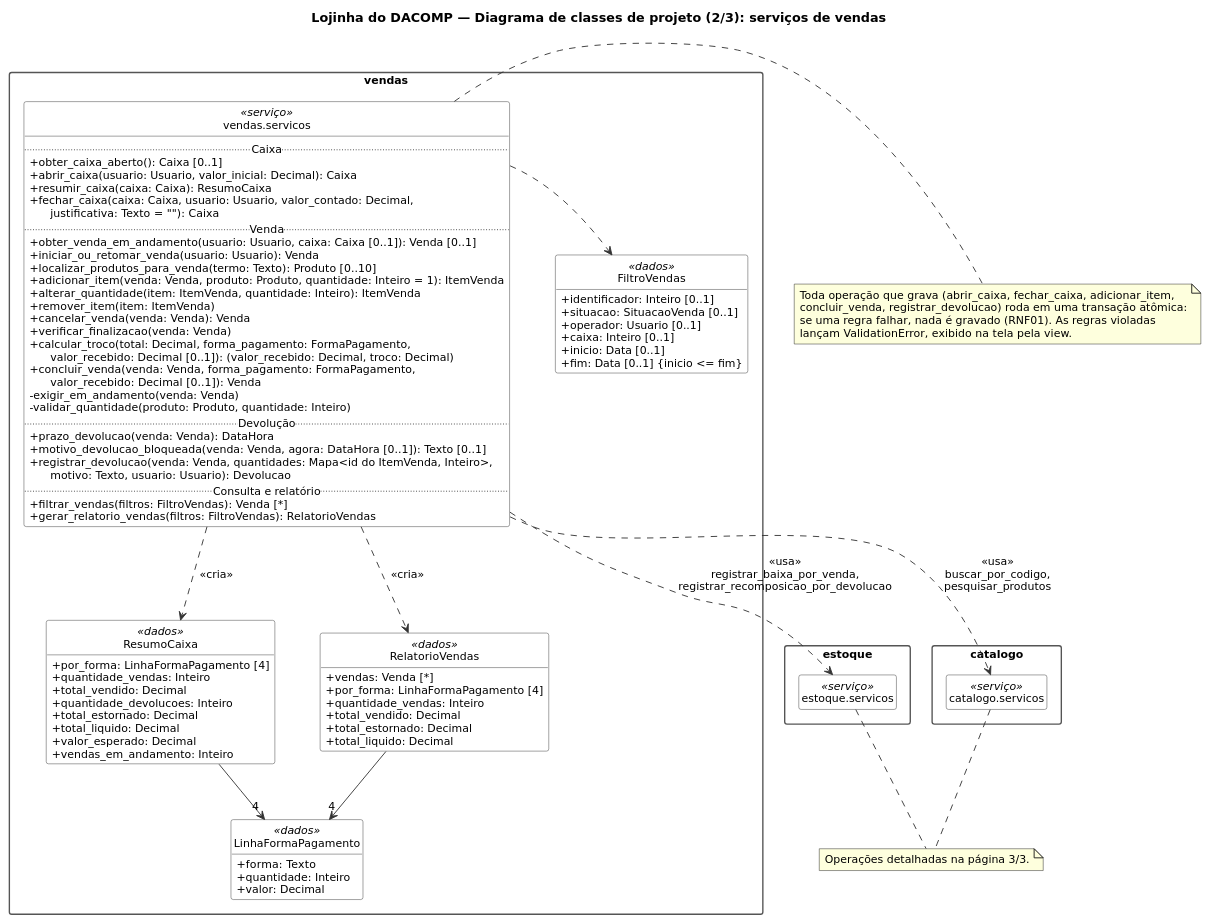
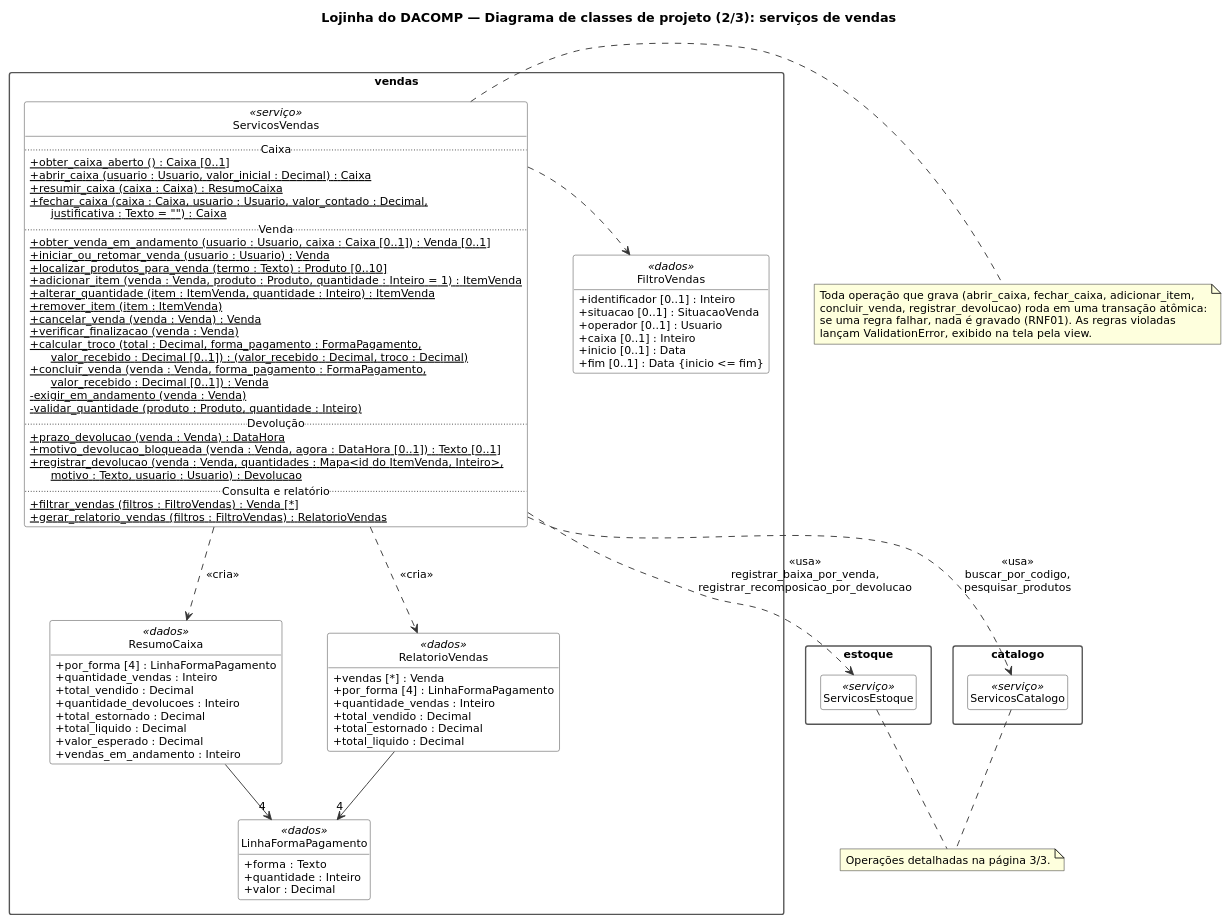
Before and after one commit to PedroGasparetto/sistema-dacomp: the diagram in docs/diagramas/classes-servicos-vendas.puml, drawn with PlantUML. The commit also changed 9 other files, not shown here.

First line of the commit message:
Ajusta o diagrama de classes à notação dos slides da disciplina

```diff
--- a/docs/diagramas/classes-servicos-vendas.puml
+++ b/docs/diagramas/classes-servicos-vendas.puml
@@ -1,111 +1,111 @@
 @startuml classes-servicos-vendas
 ' Diagrama de classes de projeto — serviços (regras de negócio).
 ' Cada servicos.py é um módulo Python; aqui aparece como classe <<serviço>> com
 ' operações de classe. As views (controle) chamam essas operações.
 ' Gerado a partir de contas/perfis.py e catalogo/, estoque/ e vendas/servicos.py.
 
 title Lojinha do DACOMP — Diagrama de classes de projeto (2/3): serviços de vendas
 
 skinparam classAttributeIconSize 0
 skinparam shadowing false
 skinparam defaultFontName DejaVu Sans
 skinparam defaultFontSize 12
 skinparam packageStyle rectangle
 skinparam classBackgroundColor #FFFFFF
 skinparam classBorderColor #333333
 skinparam packageBorderColor #555555
 skinparam arrowColor #333333
 skinparam nodesep 50
 skinparam ranksep 60
 hide empty members
 hide circle
 
 package "vendas" {
-  class "vendas.servicos" as SV <<serviço>> {
+  class "ServicosVendas" as SV <<serviço>> {
     .. Caixa ..
-    + obter_caixa_aberto(): Caixa [0..1]
-    + abrir_caixa(usuario: Usuario, valor_inicial: Decimal): Caixa
-    + resumir_caixa(caixa: Caixa): ResumoCaixa
-    + fechar_caixa(caixa: Caixa, usuario: Usuario, valor_contado: Decimal,\n      justificativa: Texto = ""): Caixa
+    {static} + obter_caixa_aberto () : Caixa [0..1]
+    {static} + abrir_caixa (usuario : Usuario, valor_inicial : Decimal) : Caixa
+    {static} + resumir_caixa (caixa : Caixa) : ResumoCaixa
+    {static} + fechar_caixa (caixa : Caixa, usuario : Usuario, valor_contado : Decimal,\n      justificativa : Texto = "") : Caixa
     .. Venda ..
-    + obter_venda_em_andamento(usuario: Usuario, caixa: Caixa [0..1]): Venda [0..1]
-    + iniciar_ou_retomar_venda(usuario: Usuario): Venda
-    + localizar_produtos_para_venda(termo: Texto): Produto [0..10]
-    + adicionar_item(venda: Venda, produto: Produto, quantidade: Inteiro = 1): ItemVenda
-    + alterar_quantidade(item: ItemVenda, quantidade: Inteiro): ItemVenda
-    + remover_item(item: ItemVenda)
-    + cancelar_venda(venda: Venda): Venda
-    + verificar_finalizacao(venda: Venda)
-    + calcular_troco(total: Decimal, forma_pagamento: FormaPagamento,\n      valor_recebido: Decimal [0..1]): (valor_recebido: Decimal, troco: Decimal)
-    + concluir_venda(venda: Venda, forma_pagamento: FormaPagamento,\n      valor_recebido: Decimal [0..1]): Venda
-    - exigir_em_andamento(venda: Venda)
-    - validar_quantidade(produto: Produto, quantidade: Inteiro)
+    {static} + obter_venda_em_andamento (usuario : Usuario, caixa : Caixa [0..1]) : Venda [0..1]
+    {static} + iniciar_ou_retomar_venda (usuario : Usuario) : Venda
+    {static} + localizar_produtos_para_venda (termo : Texto) : Produto [0..10]
+    {static} + adicionar_item (venda : Venda, produto : Produto, quantidade : Inteiro = 1) : ItemVenda
+    {static} + alterar_quantidade (item : ItemVenda, quantidade : Inteiro) : ItemVenda
+    {static} + remover_item (item : ItemVenda)
+    {static} + cancelar_venda (venda : Venda) : Venda
+    {static} + verificar_finalizacao (venda : Venda)
+    {static} + calcular_troco (total : Decimal, forma_pagamento : FormaPagamento,\n      valor_recebido : Decimal [0..1]) : (valor_recebido : Decimal, troco : Decimal)
+    {static} + concluir_venda (venda : Venda, forma_pagamento : FormaPagamento,\n      valor_recebido : Decimal [0..1]) : Venda
+    {static} - exigir_em_andamento (venda : Venda)
+    {static} - validar_quantidade (produto : Produto, quantidade : Inteiro)
     .. Devolução ..
-    + prazo_devolucao(venda: Venda): DataHora
-    + motivo_devolucao_bloqueada(venda: Venda, agora: DataHora [0..1]): Texto [0..1]
-    + registrar_devolucao(venda: Venda, quantidades: Mapa<id do ItemVenda, Inteiro>,\n      motivo: Texto, usuario: Usuario): Devolucao
+    {static} + prazo_devolucao (venda : Venda) : DataHora
+    {static} + motivo_devolucao_bloqueada (venda : Venda, agora : DataHora [0..1]) : Texto [0..1]
+    {static} + registrar_devolucao (venda : Venda, quantidades : Mapa<id do ItemVenda, Inteiro>,\n      motivo : Texto, usuario : Usuario) : Devolucao
     .. Consulta e relatório ..
-    + filtrar_vendas(filtros: FiltroVendas): Venda [*]
-    + gerar_relatorio_vendas(filtros: FiltroVendas): RelatorioVendas
+    {static} + filtrar_vendas (filtros : FiltroVendas) : Venda [*]
+    {static} + gerar_relatorio_vendas (filtros : FiltroVendas) : RelatorioVendas
   }
   class ResumoCaixa <<dados>> {
-    + por_forma: LinhaFormaPagamento [4]
-    + quantidade_vendas: Inteiro
-    + total_vendido: Decimal
-    + quantidade_devolucoes: Inteiro
-    + total_estornado: Decimal
-    + total_liquido: Decimal
-    + valor_esperado: Decimal
-    + vendas_em_andamento: Inteiro
+    + por_forma [4] : LinhaFormaPagamento
+    + quantidade_vendas : Inteiro
+    + total_vendido : Decimal
+    + quantidade_devolucoes : Inteiro
+    + total_estornado : Decimal
+    + total_liquido : Decimal
+    + valor_esperado : Decimal
+    + vendas_em_andamento : Inteiro
   }
   class RelatorioVendas <<dados>> {
-    + vendas: Venda [*]
-    + por_forma: LinhaFormaPagamento [4]
-    + quantidade_vendas: Inteiro
-    + total_vendido: Decimal
-    + total_estornado: Decimal
-    + total_liquido: Decimal
+    + vendas [*] : Venda
+    + por_forma [4] : LinhaFormaPagamento
+    + quantidade_vendas : Inteiro
+    + total_vendido : Decimal
+    + total_estornado : Decimal
+    + total_liquido : Decimal
   }
   class FiltroVendas <<dados>> {
-    + identificador: Inteiro [0..1]
-    + situacao: SituacaoVenda [0..1]
-    + operador: Usuario [0..1]
-    + caixa: Inteiro [0..1]
-    + inicio: Data [0..1]
-    + fim: Data [0..1] {inicio <= fim}
+    + identificador [0..1] : Inteiro
+    + situacao [0..1] : SituacaoVenda
+    + operador [0..1] : Usuario
+    + caixa [0..1] : Inteiro
+    + inicio [0..1] : Data
+    + fim [0..1] : Data {inicio <= fim}
   }
   class LinhaFormaPagamento <<dados>> {
-    + forma: Texto
-    + quantidade: Inteiro
-    + valor: Decimal
+    + forma : Texto
+    + quantidade : Inteiro
+    + valor : Decimal
   }
   SV ..> ResumoCaixa : <<cria>>
   SV ..> RelatorioVendas : <<cria>>
   ResumoCaixa --> "4" LinhaFormaPagamento
   RelatorioVendas --> "4" LinhaFormaPagamento
 }
 
 
 package "estoque" {
-  class "estoque.servicos" as SE <<serviço>>
+  class "ServicosEstoque" as SE <<serviço>>
 }
 package "catalogo" {
-  class "catalogo.servicos" as SC <<serviço>>
+  class "ServicosCatalogo" as SC <<serviço>>
 }
 note "Operações detalhadas na página 3/3." as N
 SE .. N
 SC .. N
 
 SV -[hidden]right- FiltroVendas
 SV ..> FiltroVendas
 SV ..> SE : <<usa>>\nregistrar_baixa_por_venda,\nregistrar_recomposicao_por_devolucao
 SV ..> SC : <<usa>>\nbuscar_por_codigo,\npesquisar_produtos
 
 note right of SV
   Toda operação que grava (abrir_caixa, fechar_caixa, adicionar_item,
   concluir_venda, registrar_devolucao) roda em uma transação atômica:
   se uma regra falhar, nada é gravado (RNF01). As regras violadas
   lançam ValidationError, exibido na tela pela view.
 end note
 
 @enduml
```
